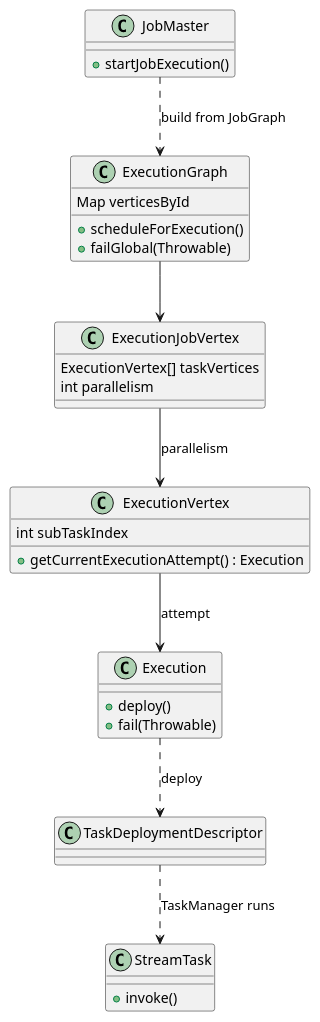
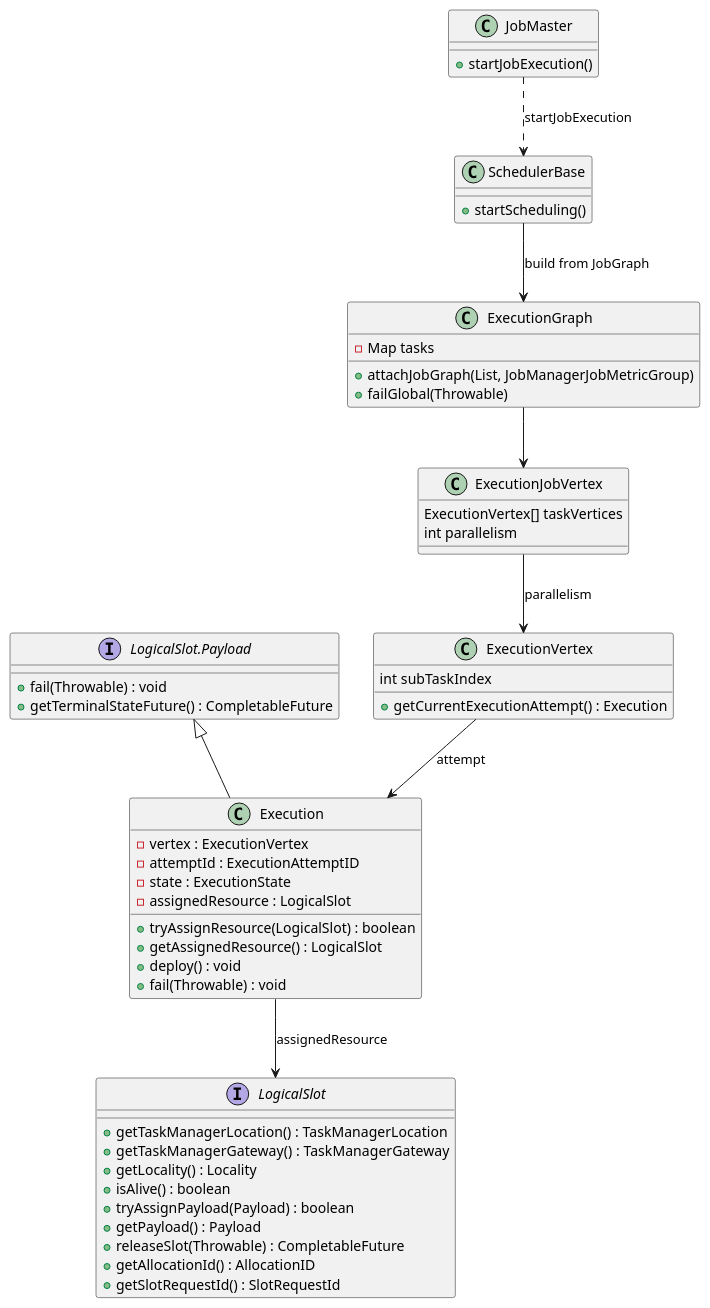
One commit to kevinwang930/kevinwang930.github.io changed the seventh of 9 diagrams in content/post/data/stream/flink/jobmanager/index.md. Above: the diagram before and after it, drawn with PlantUML. The commit also changed other lines of this file and 2 other files, not shown here.

````diff
--- a/content/post/data/stream/flink/jobmanager/index.md
+++ b/content/post/data/stream/flink/jobmanager/index.md
@@ -1871,41 +1871,64 @@
 ```plantuml
 @startuml
 
 class JobMaster {
   + startJobExecution()
 }
 
+class SchedulerBase {
+  + startScheduling()
+}
+
 class ExecutionGraph {
-  Map verticesById
-  + scheduleForExecution()
+  - Map tasks
+  + attachJobGraph(List, JobManagerJobMetricGroup)
   + failGlobal(Throwable)
 }
 
 class ExecutionJobVertex {
   ExecutionVertex[] taskVertices
   int parallelism
 }
 
 class ExecutionVertex {
   int subTaskIndex
   + getCurrentExecutionAttempt() : Execution
 }
 
 class Execution {
-  + deploy()
-  + fail(Throwable)
+  - vertex : ExecutionVertex
+  - attemptId : ExecutionAttemptID
+  - state : ExecutionState
+  - assignedResource : LogicalSlot
+  + tryAssignResource(LogicalSlot) : boolean
+  + getAssignedResource() : LogicalSlot
+  + deploy() : void
+  + fail(Throwable) : void
 }
 
-class TaskDeploymentDescriptor
-class StreamTask {
-  + invoke()
+interface LogicalSlot {
+  + getTaskManagerLocation() : TaskManagerLocation
+  + getTaskManagerGateway() : TaskManagerGateway
+  + getLocality() : Locality
+  + isAlive() : boolean
+  + tryAssignPayload(Payload) : boolean
+  + getPayload() : Payload
+  + releaseSlot(Throwable) : CompletableFuture
+  + getAllocationId() : AllocationID
+  + getSlotRequestId() : SlotRequestId
 }
 
-JobMaster ..> ExecutionGraph : build from JobGraph
+interface "LogicalSlot.Payload" as SlotPayload {
+  + fail(Throwable) : void
+  + getTerminalStateFuture() : CompletableFuture
+}
+
+JobMaster ..> SchedulerBase : startJobExecution
+SchedulerBase --> ExecutionGraph : build from JobGraph
 ExecutionGraph --> ExecutionJobVertex
 ExecutionJobVertex --> ExecutionVertex : parallelism
 ExecutionVertex --> Execution : attempt
-Execution ..> TaskDeploymentDescriptor : deploy
-TaskDeploymentDescriptor ..> StreamTask : TaskManager runs
+Execution --> LogicalSlot : assignedResource
+Execution -up-|> SlotPayload
 @enduml
 ```
````
